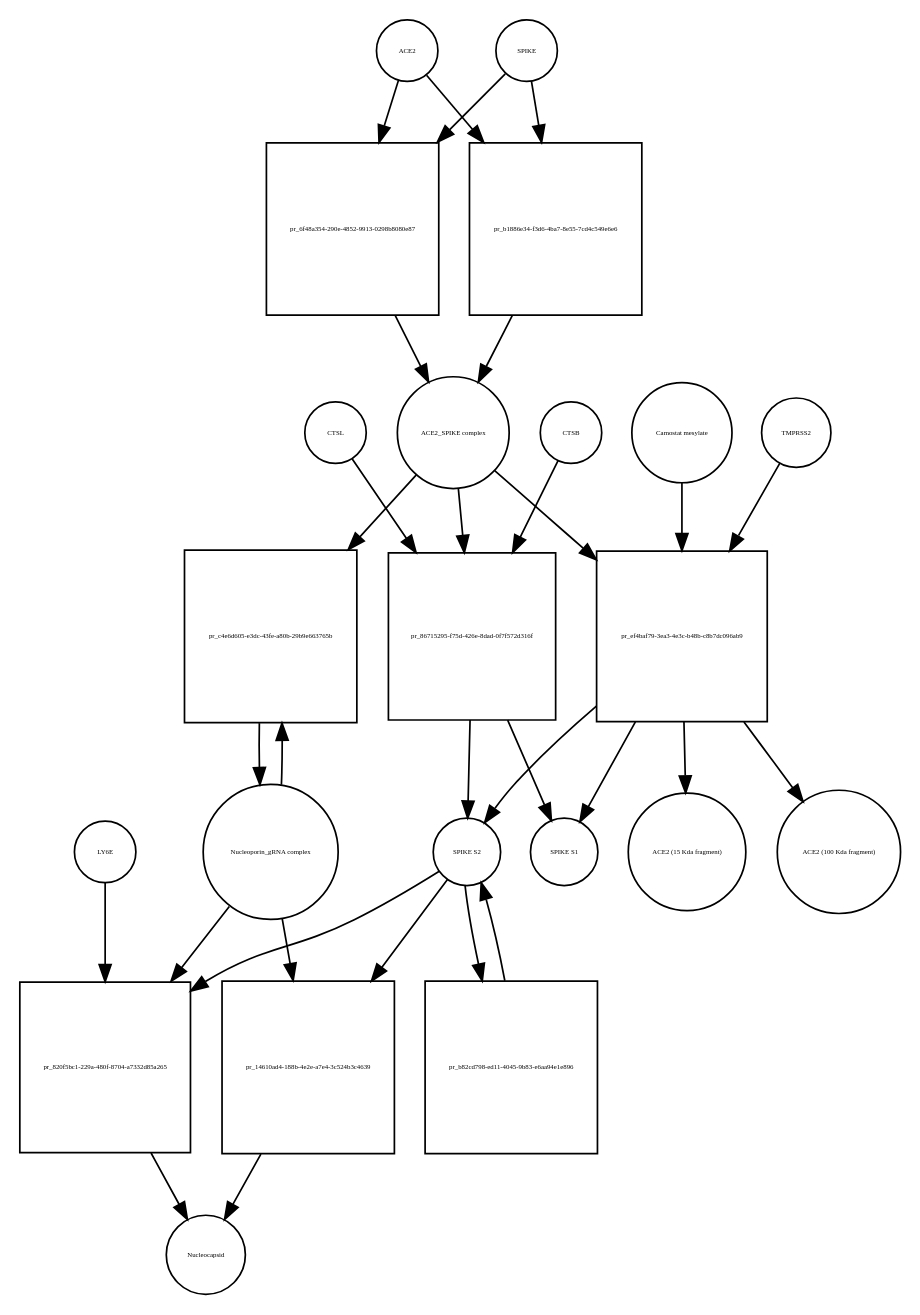
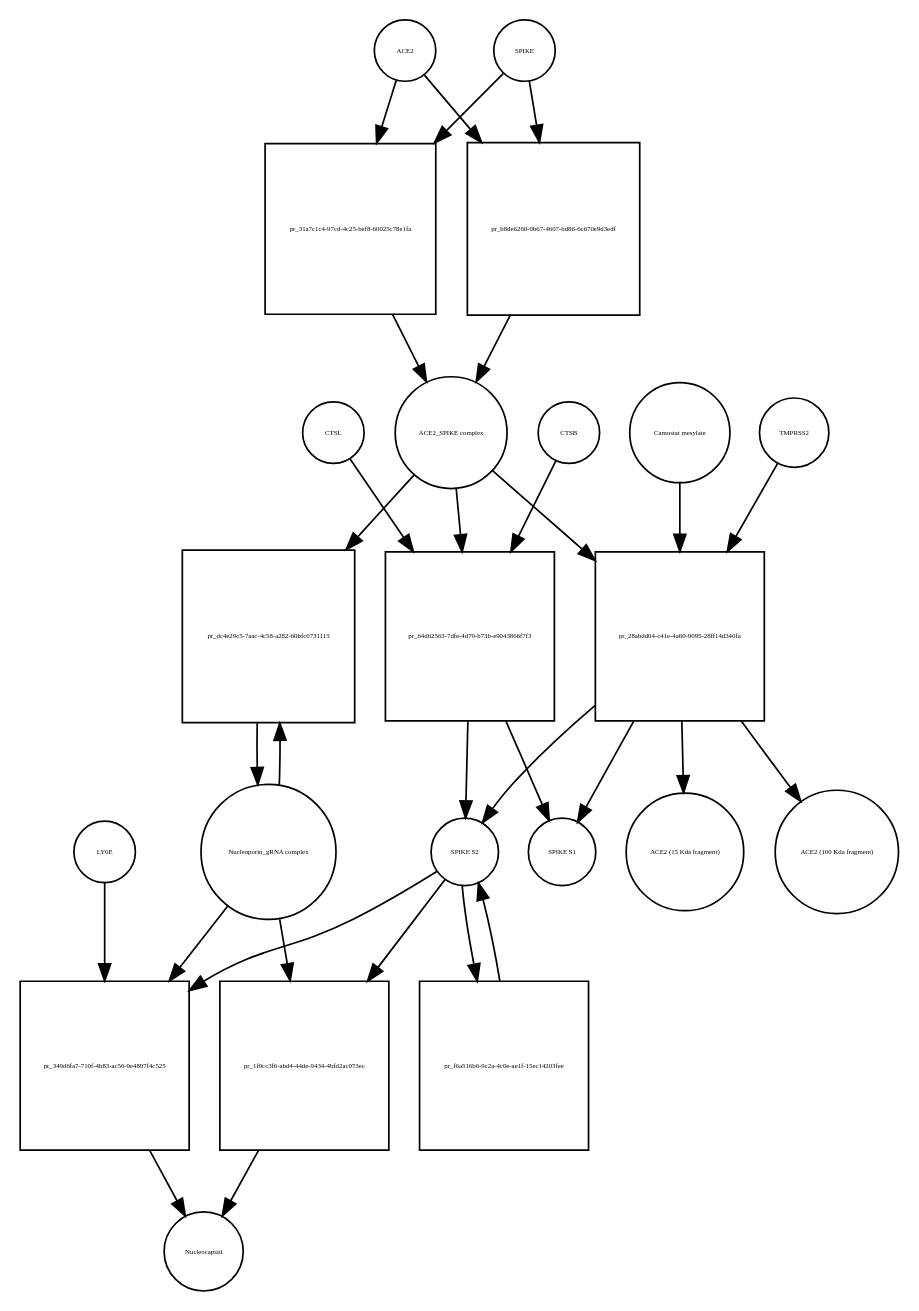
Before and after one commit to cannin/covid19-sbgn: the diagram in Virus_replication_cycle_V02.xml_bipartite.dot, drawn with Graphviz. The commit also changed 564 other files, not shown here.

```diff
--- a/Virus_replication_cycle_V02.xml_bipartite.dot
+++ b/Virus_replication_cycle_V02.xml_bipartite.dot
@@ -1,54 +1,54 @@
 strict digraph  {
 ACE2 [annotation="", bipartite=0, cls=macromolecule, fontsize=4, label=ACE2, shape=circle];
-"pr_6f48a354-290e-4852-9913-0298b8080e87" [annotation="", bipartite=1, cls=process, fontsize=4, label="pr_6f48a354-290e-4852-9913-0298b8080e87", shape=square];
+"pr_31a7c1c4-97cd-4c25-bef8-60025c78e1fa" [annotation="", bipartite=1, cls=process, fontsize=4, label="pr_31a7c1c4-97cd-4c25-bef8-60025c78e1fa", shape=square];
 "ACE2_SPIKE complex" [annotation="", bipartite=0, cls=complex, fontsize=4, label="ACE2_SPIKE complex", shape=circle];
 SPIKE [annotation="", bipartite=0, cls="macromolecule multimer", fontsize=4, label=SPIKE, shape=circle];
 "Nucleoporin_gRNA complex " [annotation="", bipartite=0, cls=complex, fontsize=4, label="Nucleoporin_gRNA complex ", shape=circle];
-"pr_c4e6d605-e3dc-43fe-a80b-29b9e663765b" [annotation="", bipartite=1, cls=process, fontsize=4, label="pr_c4e6d605-e3dc-43fe-a80b-29b9e663765b", shape=square];
-"pr_86715295-f75d-426e-8dad-0f7f572d316f" [annotation="", bipartite=1, cls=process, fontsize=4, label="pr_86715295-f75d-426e-8dad-0f7f572d316f", shape=square];
+"pr_dc4e29c5-7aac-4c58-a282-60bfc0731115" [annotation="", bipartite=1, cls=process, fontsize=4, label="pr_dc4e29c5-7aac-4c58-a282-60bfc0731115", shape=square];
+"pr_64d62563-7dfe-4d79-b73b-e9043866f7f3" [annotation="", bipartite=1, cls=process, fontsize=4, label="pr_64d62563-7dfe-4d79-b73b-e9043866f7f3", shape=square];
 "SPIKE S2" [annotation="", bipartite=0, cls=macromolecule, fontsize=4, label="SPIKE S2", shape=circle];
 CTSB [annotation="", bipartite=0, cls=macromolecule, fontsize=4, label=CTSB, shape=circle];
 CTSL [annotation="", bipartite=0, cls=macromolecule, fontsize=4, label=CTSL, shape=circle];
 "SPIKE S1" [annotation="", bipartite=0, cls=macromolecule, fontsize=4, label="SPIKE S1", shape=circle];
-"pr_ef4baf79-3ea3-4e3c-b48b-c8b7dc096ab9" [annotation="", bipartite=1, cls=process, fontsize=4, label="pr_ef4baf79-3ea3-4e3c-b48b-c8b7dc096ab9", shape=square];
+"pr_28abdd04-c41e-4a60-9095-28ff14d346fa" [annotation="", bipartite=1, cls=process, fontsize=4, label="pr_28abdd04-c41e-4a60-9095-28ff14d346fa", shape=square];
 TMPRSS2 [annotation="", bipartite=0, cls=macromolecule, fontsize=4, label=TMPRSS2, shape=circle];
 "Camostat mesylate" [annotation="urn_miriam_pubchem.compound_2536", bipartite=0, cls="simple chemical", fontsize=4, label="Camostat mesylate", shape=circle];
 "ACE2 (15 Kda fragment)" [annotation="", bipartite=0, cls=macromolecule, fontsize=4, label="ACE2 (15 Kda fragment)", shape=circle];
 "ACE2 (100 Kda fragment)" [annotation="", bipartite=0, cls=macromolecule, fontsize=4, label="ACE2 (100 Kda fragment)", shape=circle];
-"pr_b1886e34-f3d6-4ba7-8e55-7cd4c549e6e6" [annotation="", bipartite=1, cls=process, fontsize=4, label="pr_b1886e34-f3d6-4ba7-8e55-7cd4c549e6e6", shape=square];
-"pr_820f5bc1-229a-480f-8704-a7332d85a265" [annotation="", bipartite=1, cls=process, fontsize=4, label="pr_820f5bc1-229a-480f-8704-a7332d85a265", shape=square];
+"pr_b8de6260-0b67-4607-bd86-6c670e9d3edf" [annotation="", bipartite=1, cls=process, fontsize=4, label="pr_b8de6260-0b67-4607-bd86-6c670e9d3edf", shape=square];
+"pr_349d6fa7-710f-4b83-ac56-9e4897f4c525" [annotation="", bipartite=1, cls=process, fontsize=4, label="pr_349d6fa7-710f-4b83-ac56-9e4897f4c525", shape=square];
 Nucleocapsid [annotation="", bipartite=0, cls=complex, fontsize=4, label=Nucleocapsid, shape=circle];
 LY6E [annotation="", bipartite=0, cls=macromolecule, fontsize=4, label=LY6E, shape=circle];
-"pr_b82cd798-ed11-4045-9b83-e6aa94e1e896" [annotation="", bipartite=1, cls=process, fontsize=4, label="pr_b82cd798-ed11-4045-9b83-e6aa94e1e896", shape=square];
-"pr_14610ad4-188b-4e2e-a7e4-3c524b3c4639" [annotation="", bipartite=1, cls=process, fontsize=4, label="pr_14610ad4-188b-4e2e-a7e4-3c524b3c4639", shape=square];
-ACE2 -> "pr_6f48a354-290e-4852-9913-0298b8080e87"  [annotation="", interaction_type=consumption];
-ACE2 -> "pr_b1886e34-f3d6-4ba7-8e55-7cd4c549e6e6"  [annotation="", interaction_type=consumption];
-"pr_6f48a354-290e-4852-9913-0298b8080e87" -> "ACE2_SPIKE complex"  [annotation="", interaction_type=production];
-"ACE2_SPIKE complex" -> "pr_c4e6d605-e3dc-43fe-a80b-29b9e663765b"  [annotation="urn_miriam_pubmed_32142651|urn_miriam_pubmed_32094589", interaction_type=stimulation];
-"ACE2_SPIKE complex" -> "pr_86715295-f75d-426e-8dad-0f7f572d316f"  [annotation="", interaction_type=consumption];
-"ACE2_SPIKE complex" -> "pr_ef4baf79-3ea3-4e3c-b48b-c8b7dc096ab9"  [annotation="", interaction_type=consumption];
-SPIKE -> "pr_6f48a354-290e-4852-9913-0298b8080e87"  [annotation="", interaction_type=consumption];
-SPIKE -> "pr_b1886e34-f3d6-4ba7-8e55-7cd4c549e6e6"  [annotation="", interaction_type=consumption];
-"Nucleoporin_gRNA complex " -> "pr_c4e6d605-e3dc-43fe-a80b-29b9e663765b"  [annotation="", interaction_type=consumption];
-"Nucleoporin_gRNA complex " -> "pr_820f5bc1-229a-480f-8704-a7332d85a265"  [annotation="", interaction_type=consumption];
-"Nucleoporin_gRNA complex " -> "pr_14610ad4-188b-4e2e-a7e4-3c524b3c4639"  [annotation="", interaction_type=consumption];
-"pr_c4e6d605-e3dc-43fe-a80b-29b9e663765b" -> "Nucleoporin_gRNA complex "  [annotation="", interaction_type=production];
-"pr_86715295-f75d-426e-8dad-0f7f572d316f" -> "SPIKE S2"  [annotation="", interaction_type=production];
-"pr_86715295-f75d-426e-8dad-0f7f572d316f" -> "SPIKE S1"  [annotation="", interaction_type=production];
-"SPIKE S2" -> "pr_820f5bc1-229a-480f-8704-a7332d85a265"  [annotation="urn_miriam_doi_10.1101%2F2020.03.05.979260|urn_miriam_doi_10.1101%2F2020.04.02.021469", interaction_type=stimulation];
-"SPIKE S2" -> "pr_b82cd798-ed11-4045-9b83-e6aa94e1e896"  [annotation="", interaction_type=consumption];
-"SPIKE S2" -> "pr_14610ad4-188b-4e2e-a7e4-3c524b3c4639"  [annotation="", interaction_type=stimulation];
-CTSB -> "pr_86715295-f75d-426e-8dad-0f7f572d316f"  [annotation=urn_miriam_pubmed_32142651, interaction_type=catalysis];
-CTSL -> "pr_86715295-f75d-426e-8dad-0f7f572d316f"  [annotation=urn_miriam_pubmed_32142651, interaction_type=catalysis];
-"pr_ef4baf79-3ea3-4e3c-b48b-c8b7dc096ab9" -> "SPIKE S2"  [annotation="", interaction_type=production];
-"pr_ef4baf79-3ea3-4e3c-b48b-c8b7dc096ab9" -> "SPIKE S1"  [annotation="", interaction_type=production];
-"pr_ef4baf79-3ea3-4e3c-b48b-c8b7dc096ab9" -> "ACE2 (15 Kda fragment)"  [annotation="", interaction_type=production];
-"pr_ef4baf79-3ea3-4e3c-b48b-c8b7dc096ab9" -> "ACE2 (100 Kda fragment)"  [annotation="", interaction_type=production];
-TMPRSS2 -> "pr_ef4baf79-3ea3-4e3c-b48b-c8b7dc096ab9"  [annotation="urn_miriam_pubmed_32142651|urn_miriam_pubmed_32094589|urn_miriam_pubmed_24227843", interaction_type=catalysis];
-"Camostat mesylate" -> "pr_ef4baf79-3ea3-4e3c-b48b-c8b7dc096ab9"  [annotation="urn_miriam_pubmed_32142651|urn_miriam_pubmed_32094589|urn_miriam_pubmed_24227843", interaction_type=inhibition];
-"pr_b1886e34-f3d6-4ba7-8e55-7cd4c549e6e6" -> "ACE2_SPIKE complex"  [annotation="", interaction_type=production];
-"pr_820f5bc1-229a-480f-8704-a7332d85a265" -> Nucleocapsid  [annotation="", interaction_type=production];
-LY6E -> "pr_820f5bc1-229a-480f-8704-a7332d85a265"  [annotation="urn_miriam_doi_10.1101%2F2020.03.05.979260|urn_miriam_doi_10.1101%2F2020.04.02.021469", interaction_type=inhibition];
-"pr_b82cd798-ed11-4045-9b83-e6aa94e1e896" -> "SPIKE S2"  [annotation="", interaction_type=production];
-"pr_14610ad4-188b-4e2e-a7e4-3c524b3c4639" -> Nucleocapsid  [annotation="", interaction_type=production];
+"pr_f6a516b6-9c2a-4c0e-ae1f-15ec14203fee" [annotation="", bipartite=1, cls=process, fontsize=4, label="pr_f6a516b6-9c2a-4c0e-ae1f-15ec14203fee", shape=square];
+"pr_1f9cc3f6-abd4-44de-9434-4bfd2ac073ec" [annotation="", bipartite=1, cls=process, fontsize=4, label="pr_1f9cc3f6-abd4-44de-9434-4bfd2ac073ec", shape=square];
+ACE2 -> "pr_31a7c1c4-97cd-4c25-bef8-60025c78e1fa"  [annotation="", interaction_type=consumption];
+ACE2 -> "pr_b8de6260-0b67-4607-bd86-6c670e9d3edf"  [annotation="", interaction_type=consumption];
+"pr_31a7c1c4-97cd-4c25-bef8-60025c78e1fa" -> "ACE2_SPIKE complex"  [annotation="", interaction_type=production];
+"ACE2_SPIKE complex" -> "pr_dc4e29c5-7aac-4c58-a282-60bfc0731115"  [annotation="urn_miriam_pubmed_32142651|urn_miriam_pubmed_32094589", interaction_type=stimulation];
+"ACE2_SPIKE complex" -> "pr_64d62563-7dfe-4d79-b73b-e9043866f7f3"  [annotation="", interaction_type=consumption];
+"ACE2_SPIKE complex" -> "pr_28abdd04-c41e-4a60-9095-28ff14d346fa"  [annotation="", interaction_type=consumption];
+SPIKE -> "pr_31a7c1c4-97cd-4c25-bef8-60025c78e1fa"  [annotation="", interaction_type=consumption];
+SPIKE -> "pr_b8de6260-0b67-4607-bd86-6c670e9d3edf"  [annotation="", interaction_type=consumption];
+"Nucleoporin_gRNA complex " -> "pr_dc4e29c5-7aac-4c58-a282-60bfc0731115"  [annotation="", interaction_type=consumption];
+"Nucleoporin_gRNA complex " -> "pr_349d6fa7-710f-4b83-ac56-9e4897f4c525"  [annotation="", interaction_type=consumption];
+"Nucleoporin_gRNA complex " -> "pr_1f9cc3f6-abd4-44de-9434-4bfd2ac073ec"  [annotation="", interaction_type=consumption];
+"pr_dc4e29c5-7aac-4c58-a282-60bfc0731115" -> "Nucleoporin_gRNA complex "  [annotation="", interaction_type=production];
+"pr_64d62563-7dfe-4d79-b73b-e9043866f7f3" -> "SPIKE S2"  [annotation="", interaction_type=production];
+"pr_64d62563-7dfe-4d79-b73b-e9043866f7f3" -> "SPIKE S1"  [annotation="", interaction_type=production];
+"SPIKE S2" -> "pr_349d6fa7-710f-4b83-ac56-9e4897f4c525"  [annotation="urn_miriam_doi_10.1101%2F2020.03.05.979260|urn_miriam_doi_10.1101%2F2020.04.02.021469", interaction_type=stimulation];
+"SPIKE S2" -> "pr_f6a516b6-9c2a-4c0e-ae1f-15ec14203fee"  [annotation="", interaction_type=consumption];
+"SPIKE S2" -> "pr_1f9cc3f6-abd4-44de-9434-4bfd2ac073ec"  [annotation="", interaction_type=stimulation];
+CTSB -> "pr_64d62563-7dfe-4d79-b73b-e9043866f7f3"  [annotation=urn_miriam_pubmed_32142651, interaction_type=catalysis];
+CTSL -> "pr_64d62563-7dfe-4d79-b73b-e9043866f7f3"  [annotation=urn_miriam_pubmed_32142651, interaction_type=catalysis];
+"pr_28abdd04-c41e-4a60-9095-28ff14d346fa" -> "SPIKE S2"  [annotation="", interaction_type=production];
+"pr_28abdd04-c41e-4a60-9095-28ff14d346fa" -> "SPIKE S1"  [annotation="", interaction_type=production];
+"pr_28abdd04-c41e-4a60-9095-28ff14d346fa" -> "ACE2 (15 Kda fragment)"  [annotation="", interaction_type=production];
+"pr_28abdd04-c41e-4a60-9095-28ff14d346fa" -> "ACE2 (100 Kda fragment)"  [annotation="", interaction_type=production];
+TMPRSS2 -> "pr_28abdd04-c41e-4a60-9095-28ff14d346fa"  [annotation="urn_miriam_pubmed_32142651|urn_miriam_pubmed_32094589|urn_miriam_pubmed_24227843", interaction_type=catalysis];
+"Camostat mesylate" -> "pr_28abdd04-c41e-4a60-9095-28ff14d346fa"  [annotation="urn_miriam_pubmed_32142651|urn_miriam_pubmed_32094589|urn_miriam_pubmed_24227843", interaction_type=inhibition];
+"pr_b8de6260-0b67-4607-bd86-6c670e9d3edf" -> "ACE2_SPIKE complex"  [annotation="", interaction_type=production];
+"pr_349d6fa7-710f-4b83-ac56-9e4897f4c525" -> Nucleocapsid  [annotation="", interaction_type=production];
+LY6E -> "pr_349d6fa7-710f-4b83-ac56-9e4897f4c525"  [annotation="urn_miriam_doi_10.1101%2F2020.03.05.979260|urn_miriam_doi_10.1101%2F2020.04.02.021469", interaction_type=inhibition];
+"pr_f6a516b6-9c2a-4c0e-ae1f-15ec14203fee" -> "SPIKE S2"  [annotation="", interaction_type=production];
+"pr_1f9cc3f6-abd4-44de-9434-4bfd2ac073ec" -> Nucleocapsid  [annotation="", interaction_type=production];
 }
```
